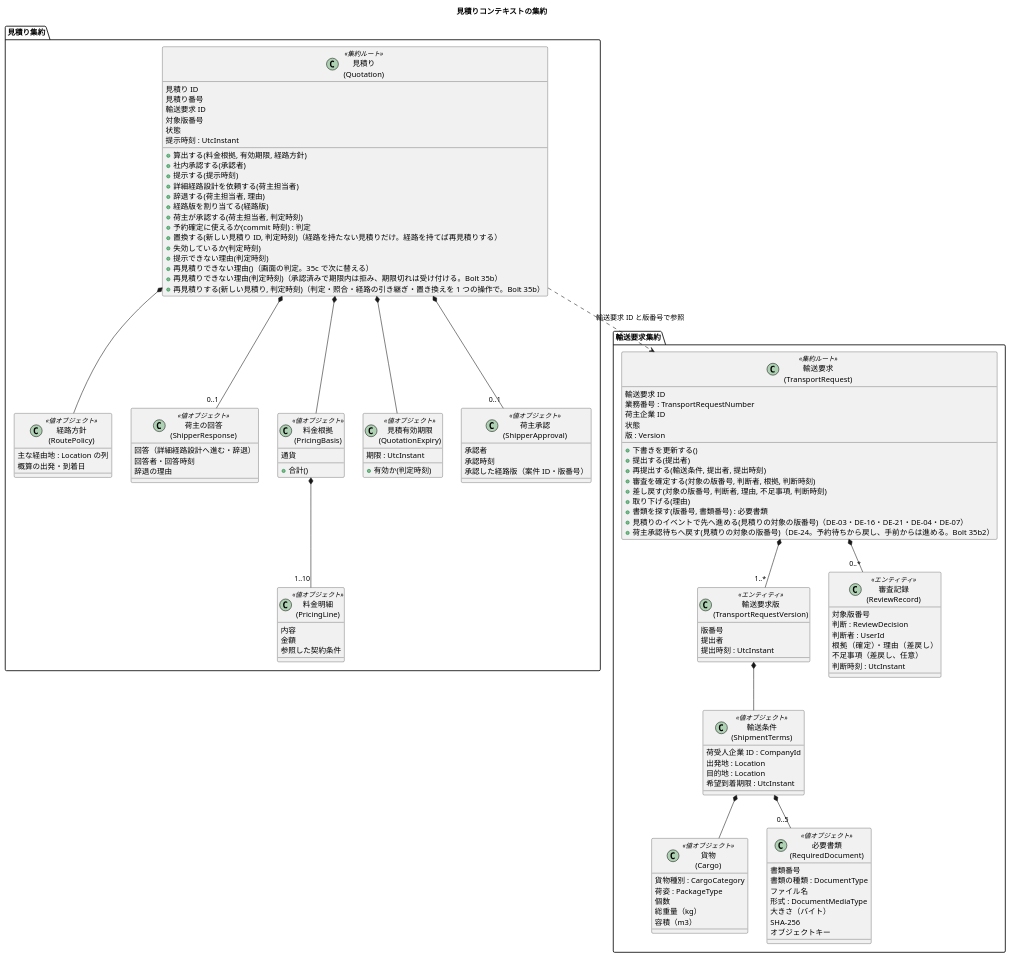
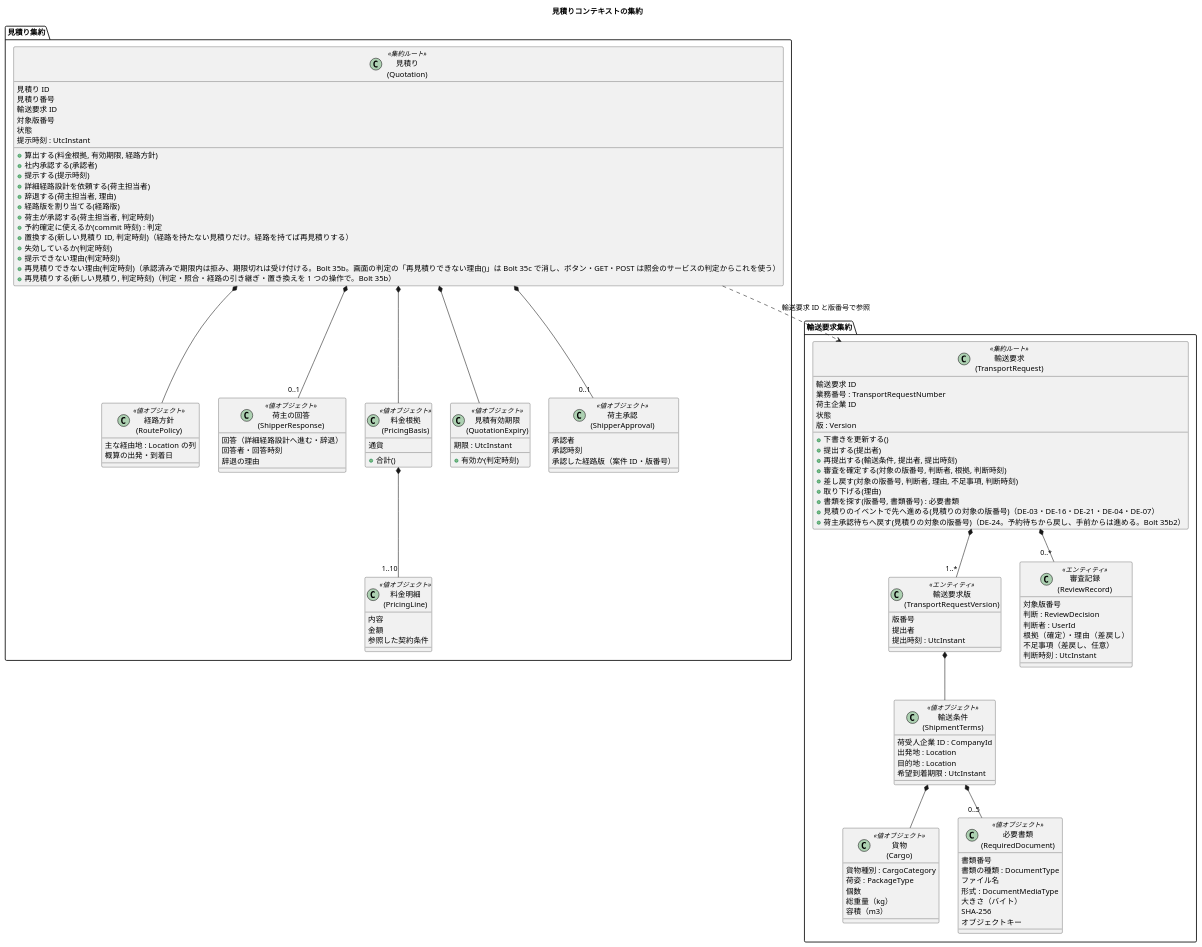
Before and after one commit to k2works/practical-domain-driven-design-in-enterpris-application: the third of 23 diagrams in docs/design/cargo-tracker/domain_model.md, drawn with PlantUML. The commit also changed other lines of this file and 7 other files, not shown here.

```diff
--- a/docs/design/cargo-tracker/domain_model.md
+++ b/docs/design/cargo-tracker/domain_model.md
@@ -420,8 +420,7 @@
     + 置換する(新しい見積り ID, 判定時刻)（経路を持たない見積りだけ。経路を持てば再見積りする）
     + 失効しているか(判定時刻)
     + 提示できない理由(判定時刻)
-    + 再見積りできない理由()（画面の判定。35c で次に替える）
-    + 再見積りできない理由(判定時刻)（承認済みで期限内は拒み、期限切れは受け付ける。Bolt 35b）
+    + 再見積りできない理由(判定時刻)（承認済みで期限内は拒み、期限切れは受け付ける。Bolt 35b。画面の判定の「再見積りできない理由()」は Bolt 35c で消し、ボタン・GET・POST は照会のサービスの判定からこれを使う）
     + 再見積りする(新しい見積り, 判定時刻)（判定・照合・経路の引き継ぎ・置き換えを 1 つの操作で。Bolt 35b）
   }
   class "経路方針\n(RoutePolicy)" as RP <<値オブジェクト>> {
```
